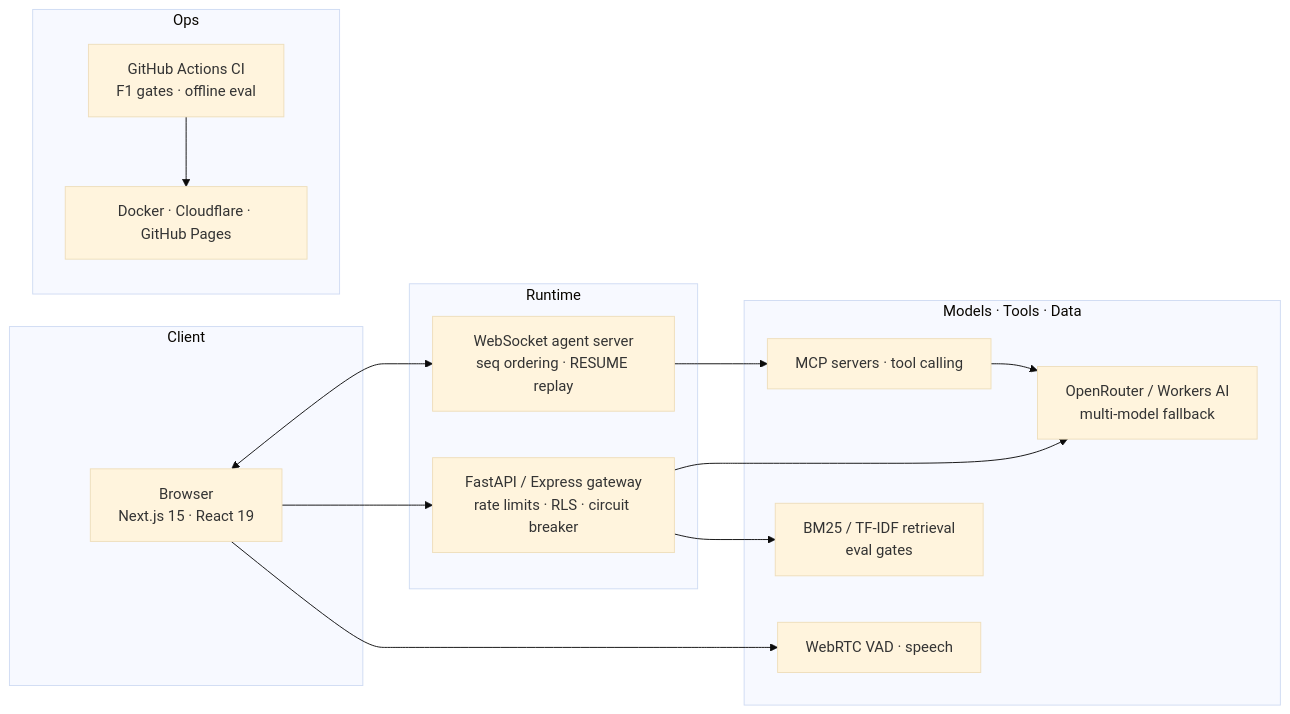
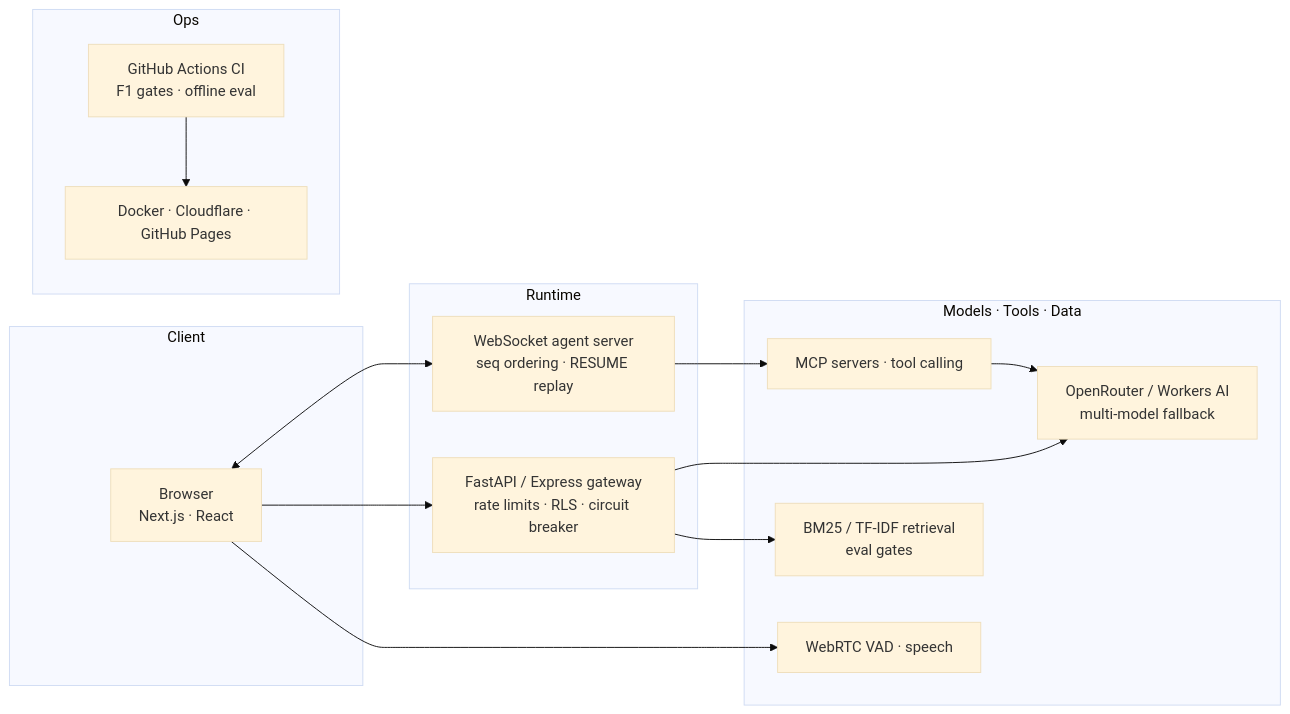
Before and after one commit to mangeshraut712/mangeshraut712: the diagram in README.md, drawn with Mermaid (base theme). The commit also changed other lines of this file and 6 other files, not shown here.

````diff
--- a/README.md
+++ b/README.md
@@ -122,28 +132,28 @@
 ```mermaid
 flowchart LR
   subgraph Client
-    B[Browser<br/>Next.js 15 · React 19]
+    B[Browser<br/>Next.js · React]
   end
   subgraph Runtime
     WS[WebSocket agent server<br/>seq ordering · RESUME replay]
     API[FastAPI / Express gateway<br/>rate limits · RLS · circuit breaker]
   end
   subgraph Models_Tools_Data["Models · Tools · Data"]
     OR[OpenRouter / Workers AI<br/>multi-model fallback]
     MCP[MCP servers · tool calling]
     VAD[WebRTC VAD · speech]
     RAG[BM25 / TF-IDF retrieval<br/>eval gates]
   end
   subgraph Ops
     CI[GitHub Actions CI<br/>F1 gates · offline eval]
     DEP[Docker · Cloudflare · GitHub Pages]
   end
   B <--> WS
   B --> API
   WS --> MCP
   API --> OR
   API --> RAG
   B --> VAD
   MCP --> OR
   CI --> DEP
 ```
````
